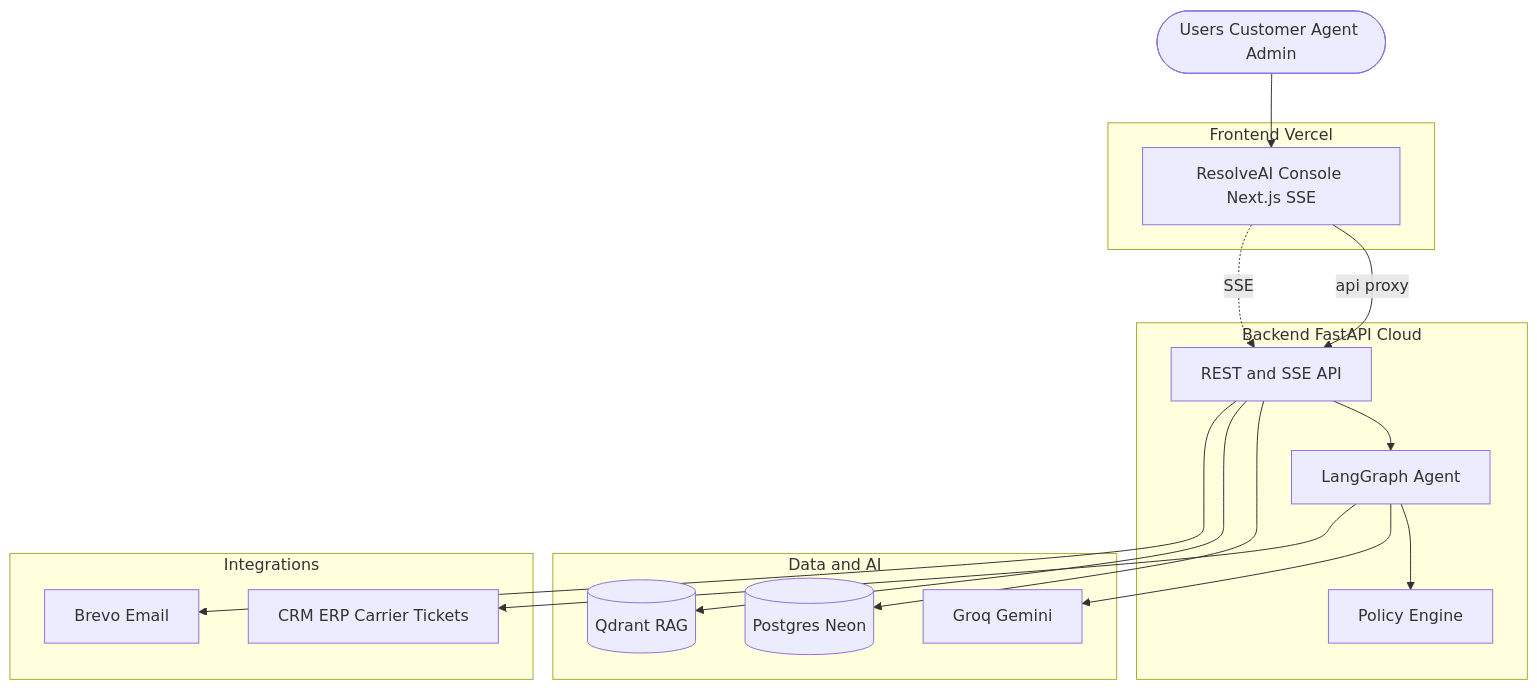
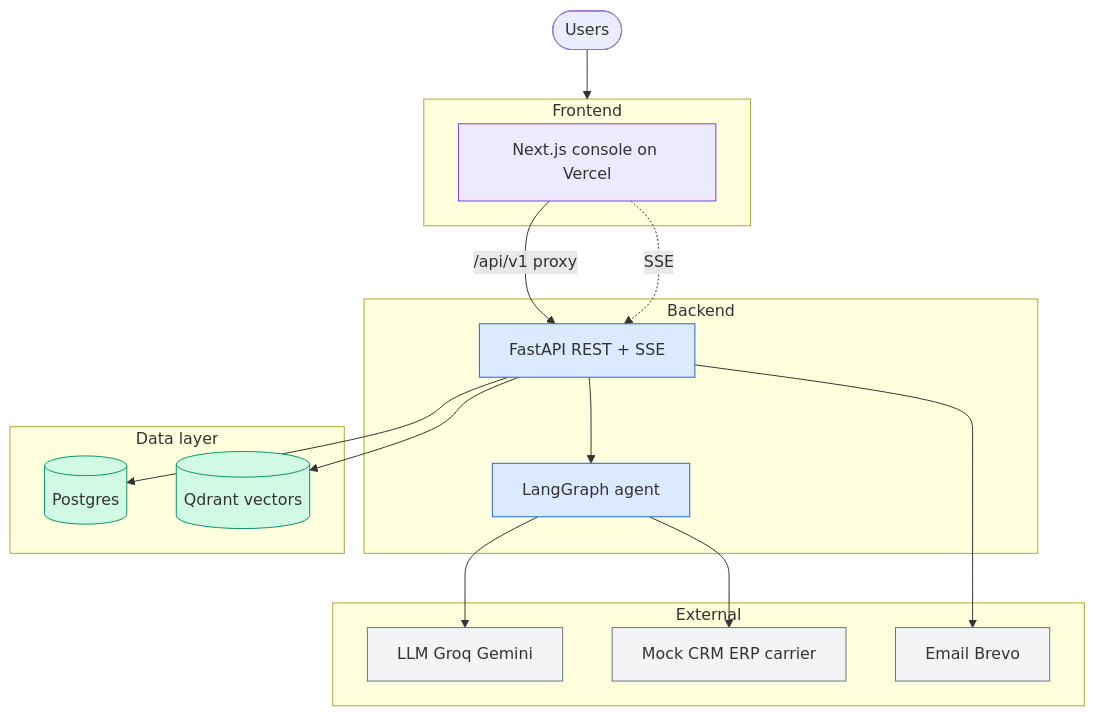
The third of 8 diagrams in README.md (nikhilmaguwala/enterprise-ai-agent), drawn with Mermaid before and after one commit. The commit also changed other lines of this file, not shown here.

First line of the commit message:
Redesign README for clarity and readable flowcharts.

````diff
--- a/README.md
+++ b/README.md
@@ -83,36 +89,38 @@
 ```mermaid
 flowchart TB
-  Users([Users Customer Agent Admin])
+  classDef fe fill:#ede9fe,stroke:#7c3aed
+  classDef be fill:#dbeafe,stroke:#2563eb
+  classDef store fill:#d1fae5,stroke:#059669
+  classDef ext fill:#f3f4f6,stroke:#6b7280
 
-  subgraph frontend [Frontend Vercel]
-    UI[ResolveAI Console Next.js SSE]
+  U([Users]) --> FE
+
+  subgraph FE [Frontend]
+    WEB[Next.js console on Vercel]:::fe
   end
 
-  subgraph backend [Backend FastAPI Cloud]
-    API[REST and SSE API]
-    Agent[LangGraph Agent]
-    Policy[Policy Engine]
+  subgraph BE [Backend]
+    API[FastAPI REST + SSE]:::be
+    AG[LangGraph agent]:::be
   end
 
-  subgraph data [Data and AI]
-    PG[(Postgres Neon)]
-    QD[(Qdrant RAG)]
-    LLM[Groq Gemini]
+  subgraph STORE [Data layer]
+    PG[(Postgres)]:::store
+    VEC[(Qdrant vectors)]:::store
   end
 
-  subgraph external [Integrations]
-    Tools[CRM ERP Carrier Tickets]
-    Mail[Brevo Email]
+  subgraph EXT [External]
+    LLM[LLM Groq Gemini]:::ext
+    TOOLS[Mock CRM ERP carrier]:::ext
+    MAIL[Email Brevo]:::ext
   end
 
-  Users --> UI
-  UI -->|api proxy| API
-  API --> Agent
-  Agent --> Policy
-  Agent --> LLM
-  Agent --> Tools
+  WEB -->|/api/v1 proxy| API
+  API --> AG
+  AG --> LLM
+  AG --> TOOLS
   API --> PG
-  API --> QD
-  API --> Mail
-  UI -.->|SSE| API
+  API --> VEC
+  API --> MAIL
+  WEB -. SSE .-> API
 ```
````
